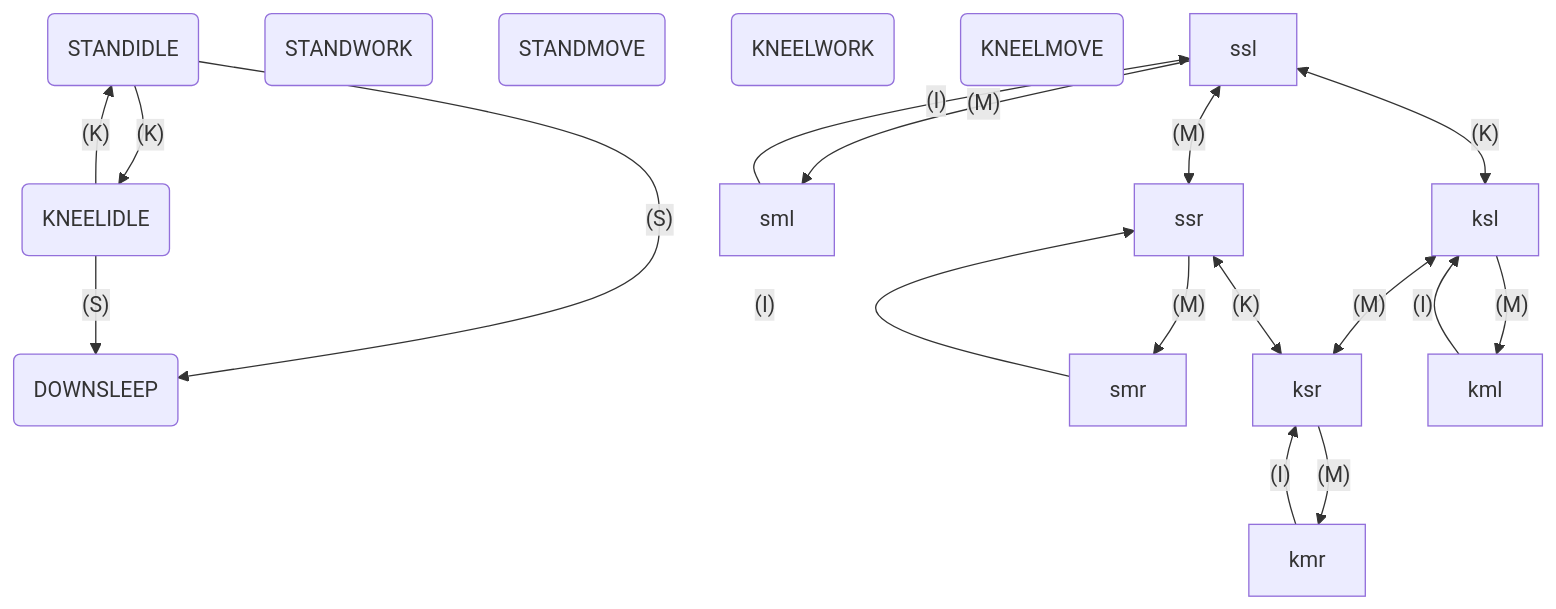
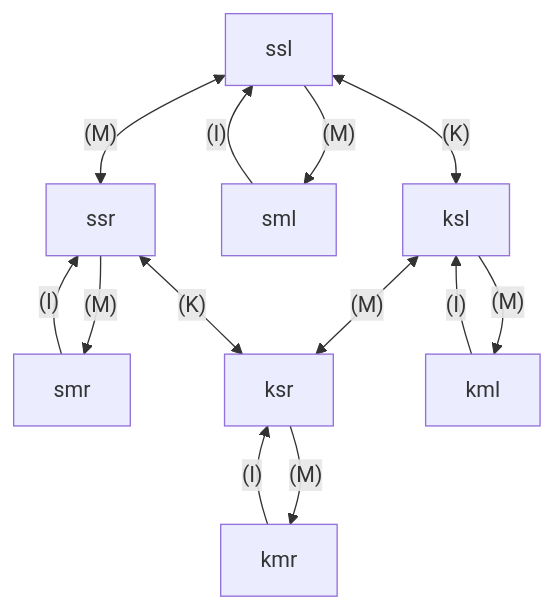
One commit to LKSLukeStrike/TIC-Projects changed the second of 4 diagrams in Nitcha/doc/states.md. Above: the diagram before and after it, drawn with Mermaid. The commit also changed 1 other file, not shown here.

Commit message:
OK move, stat

`````diff
--- a/Nitcha/doc/states.md
+++ b/Nitcha/doc/states.md
@@ -8,29 +24,17 @@
 ````mermaid
 flowchart TB
-    ssi(STANDIDLE)
-    ssw(STANDWORK)
-    ssm(STANDMOVE)
-    ski(KNEELIDLE)
-    skw(KNEELWORK)
-    skm(KNEELMOVE)
-    sds(DOWNSLEEP)
-
-    ssi--(K)-->ski
-    ski--(K)-->ssi
-    ssi--(S)-->sds
-    ski--(S)-->sds
 
     ssl<--(M)-->ssr
     ssl--(M)-->sml
     sml--(I)-->ssl
     ssr--(M)-->smr
     smr--(I)-->ssr
     ksl<--(M)-->ksr
 
     ksl--(M)-->kml
     kml--(I)-->ksl
     ksr--(M)-->kmr
     kmr--(I)-->ksr
     ssl<--(K)-->ksl
     ssr<--(K)-->ksr
 ````
`````
